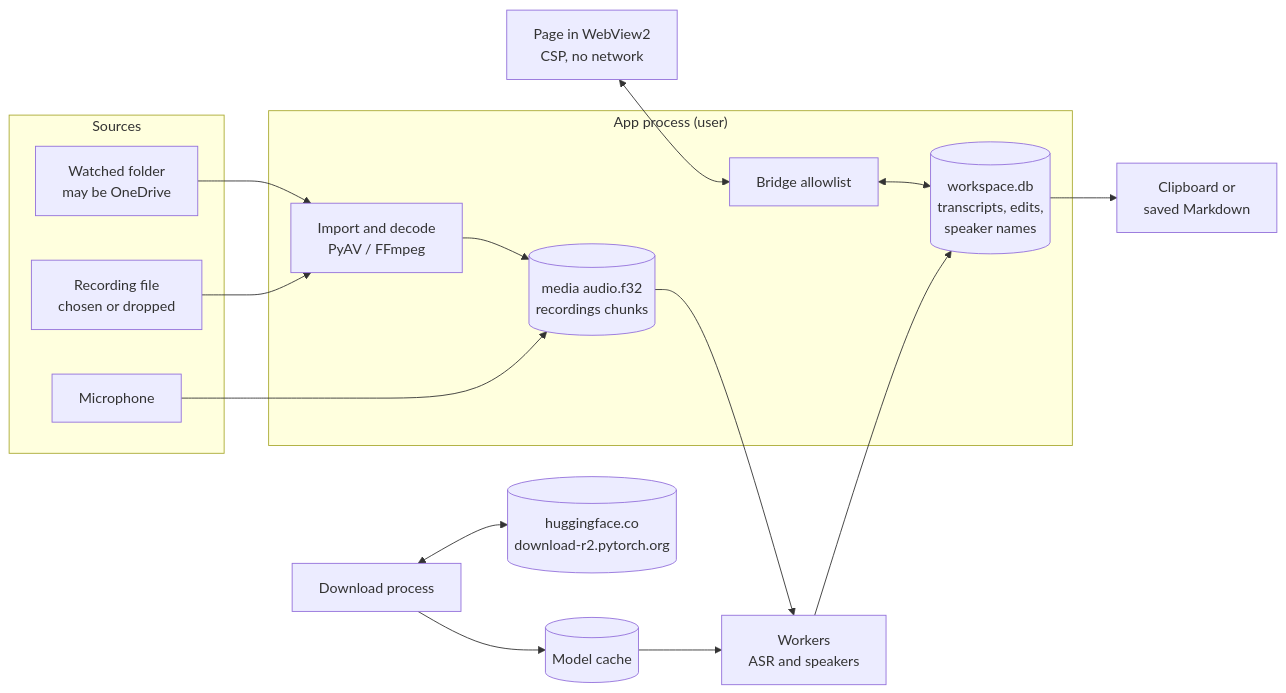
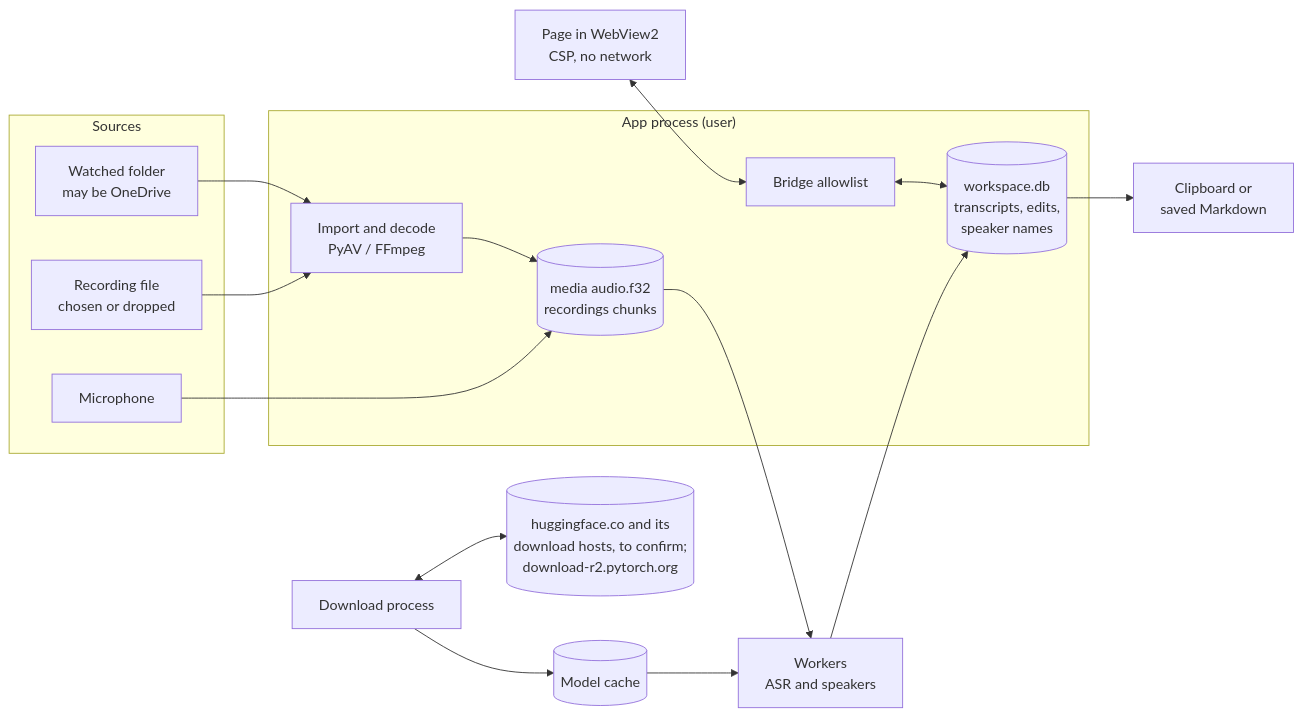
Before and after one commit to thatskiff33/unminute: the diagram in docs/SECURITY_MODEL.md, drawn with Mermaid. The commit also changed other lines of this file and 1 other file, not shown here.

````diff
--- a/docs/SECURITY_MODEL.md
+++ b/docs/SECURITY_MODEL.md
@@ -49,33 +49,33 @@
 ```mermaid
 flowchart LR
   subgraph Sources
     F[Recording file<br/>chosen or dropped]
     W[Watched folder<br/>may be OneDrive]
     M[Microphone]
   end
   subgraph App["App process (user)"]
     I[Import and decode<br/>PyAV / FFmpeg]
     S[(workspace.db<br/>transcripts, edits,<br/>speaker names)]
     A[(media audio.f32<br/>recordings chunks)]
     B[Bridge allowlist]
   end
   P[Page in WebView2<br/>CSP, no network]
   K[Workers<br/>ASR and speakers]
   D[Download process]
-  HF[(huggingface.co<br/>download-r2.pytorch.org)]
+  HF[(huggingface.co and its<br/>download hosts, to confirm;<br/>download-r2.pytorch.org)]
   MC[(Model cache)]
   O[Clipboard or<br/>saved Markdown]
 
   F --> I
   W --> I
   M --> A
   I --> A
   A --> K
   K --> S
   MC --> K
   P <--> B
   B <--> S
   S --> O
   D <--> HF
   D --> MC
 ```
````
